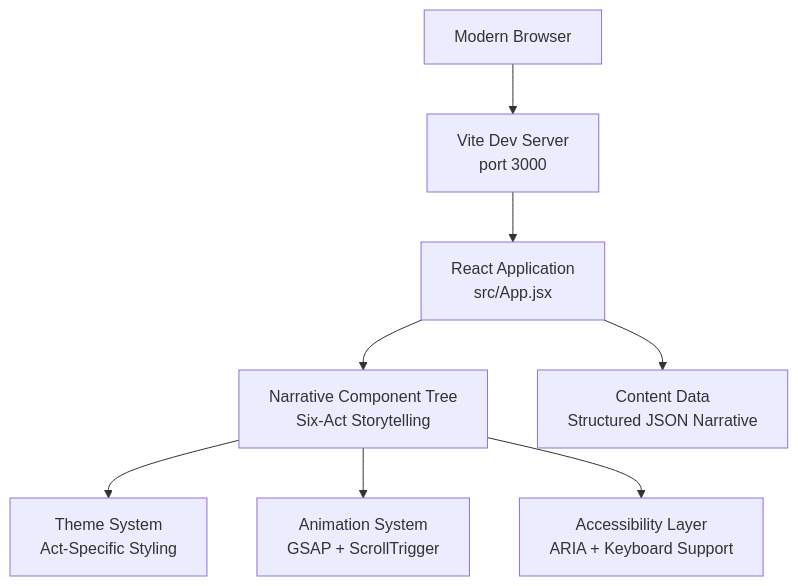
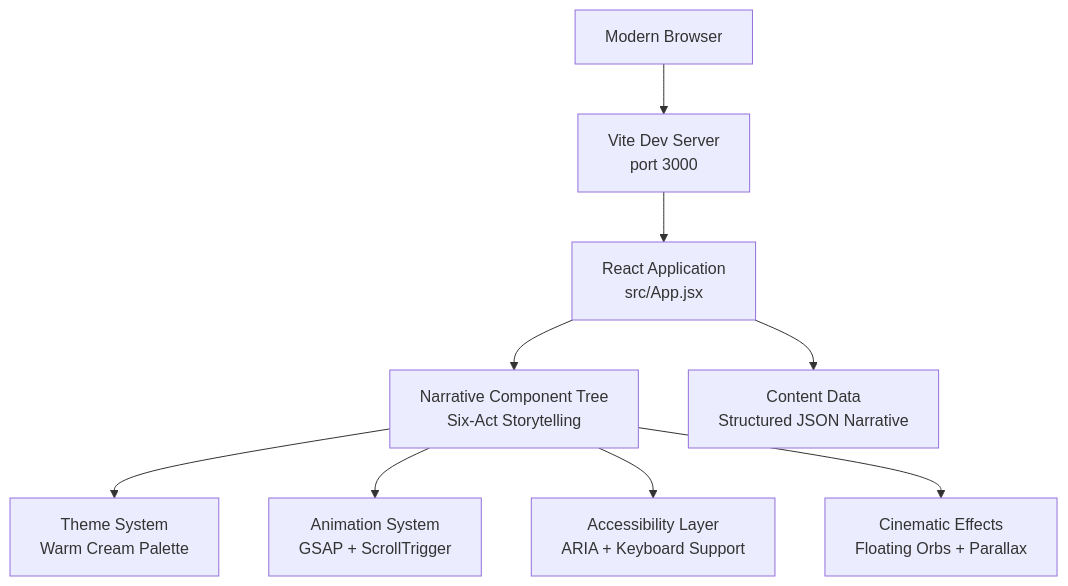
One commit to rakeshmaity271/frankie-picasso changed the second of 2 diagrams in .qoder/repowiki/en/content/Project Overview.md. Above: the diagram before and after it, drawn with Mermaid. The commit also changed other lines of this file and 38 other files, not shown here.

````diff
--- a/.qoder/repowiki/en/content/Project Overview.md
+++ b/.qoder/repowiki/en/content/Project Overview.md
@@ -198,18 +187,20 @@
 ```mermaid
 graph TB
 Browser["Modern Browser"]
 ViteDev["Vite Dev Server<br/>port 3000"]
 ReactApp["React Application<br/>src/App.jsx"]
 NarrativeTree["Narrative Component Tree<br/>Six-Act Storytelling"]
-ThemeSystem["Theme System<br/>Act-Specific Styling"]
+ThemeSystem["Theme System<br/>Warm Cream Palette"]
 ContentData["Content Data<br/>Structured JSON Narrative"]
 AnimationSystem["Animation System<br/>GSAP + ScrollTrigger"]
 Accessibility["Accessibility Layer<br/>ARIA + Keyboard Support"]
+CinematicEffects["Cinematic Effects<br/>Floating Orbs + Parallax"]
 Browser --> ViteDev
 ViteDev --> ReactApp
 ReactApp --> NarrativeTree
 NarrativeTree --> ThemeSystem
 ReactApp --> ContentData
 NarrativeTree --> AnimationSystem
 NarrativeTree --> Accessibility
+NarrativeTree --> CinematicEffects
 ```
````
